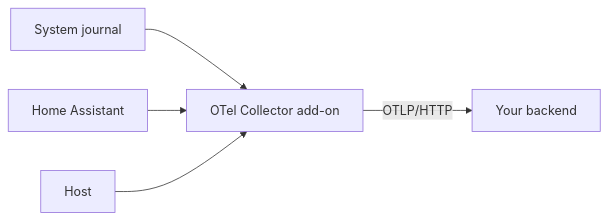
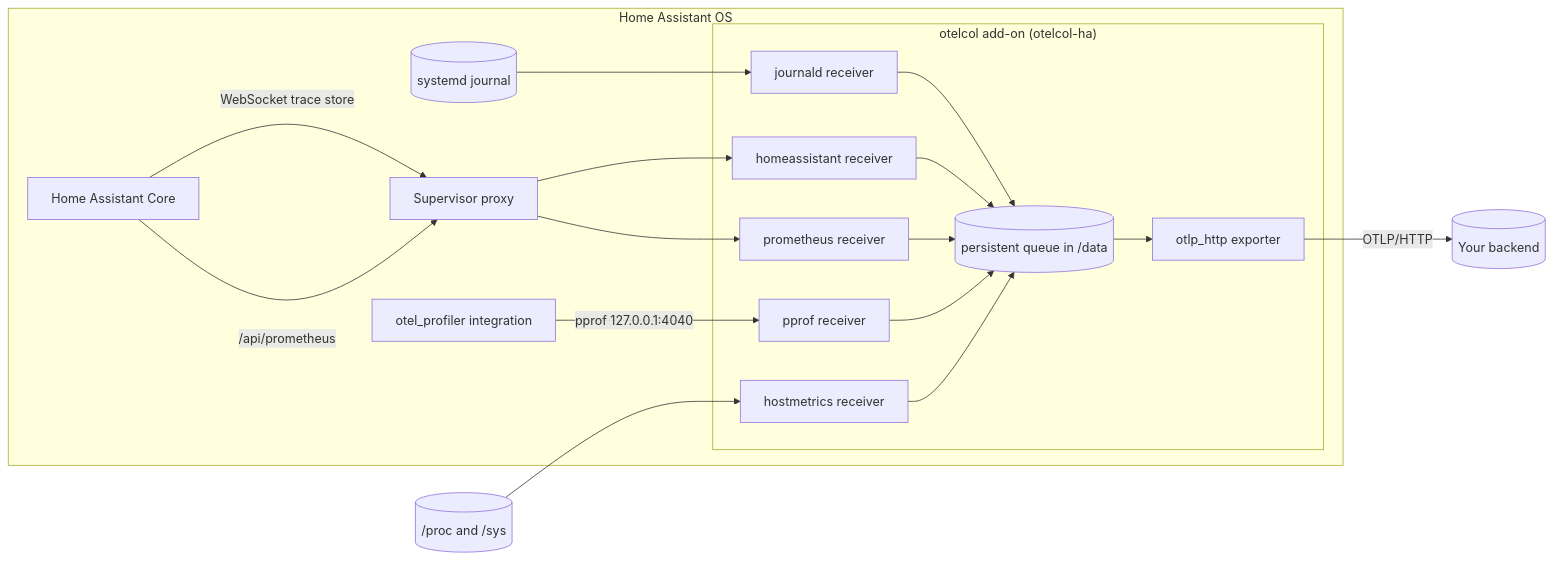
One commit to nicolastakashi/ha-addon-otelcol changed the diagram in README.md. Above: the diagram before and after it, drawn with Mermaid. The commit also changed 1 other file, not shown here.

Commit message:
README: keep the detailed How it works diagram

````diff
--- a/README.md
+++ b/README.md
@@ -64,7 +64,25 @@
 ```mermaid
 flowchart LR
-  J[System journal] --> A
-  H[Home Assistant] --> A
-  M[Host] --> A
-  A[OTel Collector add-on] -- OTLP/HTTP --> B[Your backend]
+  subgraph HAOS["Home Assistant OS"]
+    J[(systemd journal)]
+    S[Supervisor proxy]
+    C[Home Assistant Core]
+    P[otel_profiler integration]
+    subgraph A["otelcol add-on (otelcol-ha)"]
+      RJ[journald receiver]
+      RH[homeassistant receiver]
+      RP[prometheus receiver]
+      RM[hostmetrics receiver]
+      RF[pprof receiver]
+      Q[(persistent queue in /data)]
+      E[otlp_http exporter]
+    end
+  end
+  J --> RJ
+  C -- WebSocket trace store --> S --> RH
+  C -- /api/prometheus --> S --> RP
+  H[(/proc and /sys)] --> RM
+  P -- pprof 127.0.0.1:4040 --> RF
+  RJ & RH & RP & RM & RF --> Q --> E
+  E -- OTLP/HTTP --> B[(Your backend)]
 ```
````
